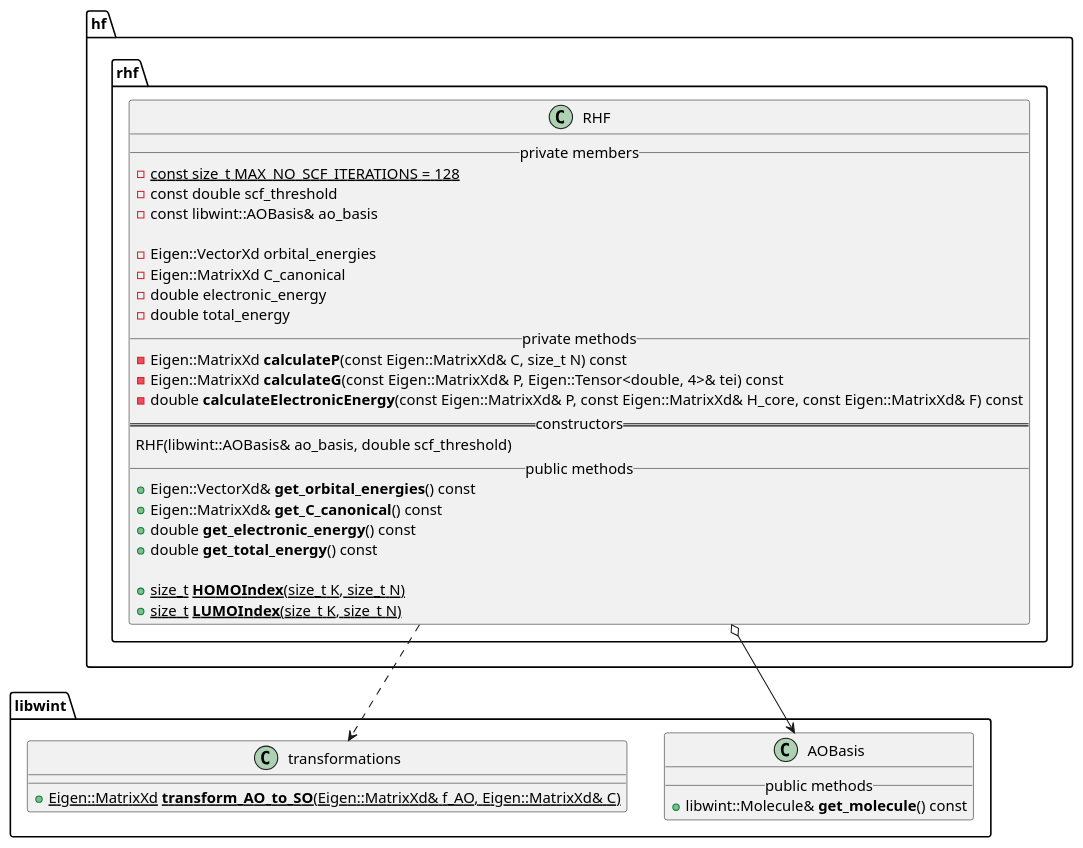
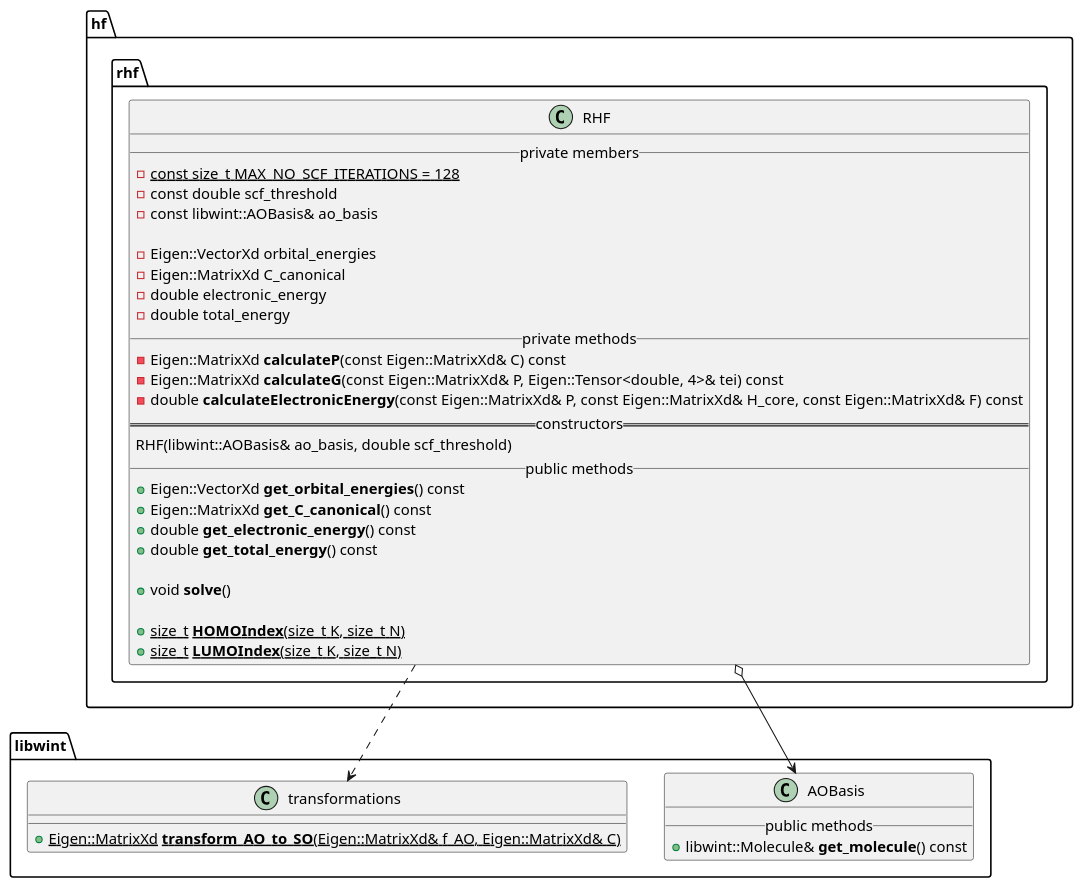
The diagram in docs/hf.puml (tmhuysen/hf), drawn with PlantUML before and after one commit. The commit also changed 3 other files, not shown here.

```diff
--- a/docs/hf.puml
+++ b/docs/hf.puml
@@ -1,56 +1,58 @@
 @startuml
 
 
 namespace libwint {
 
     class AOBasis {
         __ public methods __
             + libwint::Molecule& **get_molecule**() const
     }
 
 
     class transformations {
         + {static} Eigen::MatrixXd **transform_AO_to_SO**(Eigen::MatrixXd& f_AO, Eigen::MatrixXd& C)
     }
 
 }
 
 
 namespace hf {
     namespace rhf {
 
         class RHF {
             __ private members __
                 - const size_t {static} MAX_NO_SCF_ITERATIONS = 128
                 - const double scf_threshold
                 - const libwint::AOBasis& ao_basis
 
                 - Eigen::VectorXd orbital_energies
                 - Eigen::MatrixXd C_canonical
                 - double electronic_energy
                 - double total_energy
             __ private methods __
-                - Eigen::MatrixXd **calculateP**(const Eigen::MatrixXd& C, size_t N) const
+                - Eigen::MatrixXd **calculateP**(const Eigen::MatrixXd& C) const
                 - Eigen::MatrixXd **calculateG**(const Eigen::MatrixXd& P, Eigen::Tensor<double, 4>& tei) const
                 - double **calculateElectronicEnergy**(const Eigen::MatrixXd& P, const Eigen::MatrixXd& H_core, const Eigen::MatrixXd& F) const
             == constructors ==
                 RHF(libwint::AOBasis& ao_basis, double scf_threshold)
             __ public methods __
-                + Eigen::VectorXd& **get_orbital_energies**() const
-                + Eigen::MatrixXd& **get_C_canonical**() const
+                + Eigen::VectorXd **get_orbital_energies**() const
+                + Eigen::MatrixXd **get_C_canonical**() const
                 + double **get_electronic_energy**() const
                 + double **get_total_energy**() const
+
+                + void **solve**()
 
                 + {static} size_t **HOMOIndex**(size_t K, size_t N)
                 + {static} size_t **LUMOIndex**(size_t K, size_t N)
         }
     }
 }
 
 
 
 hf.rhf.RHF o--> libwint.AOBasis
 
 hf.rhf.RHF ..> libwint.transformations
 
 @enduml
```
